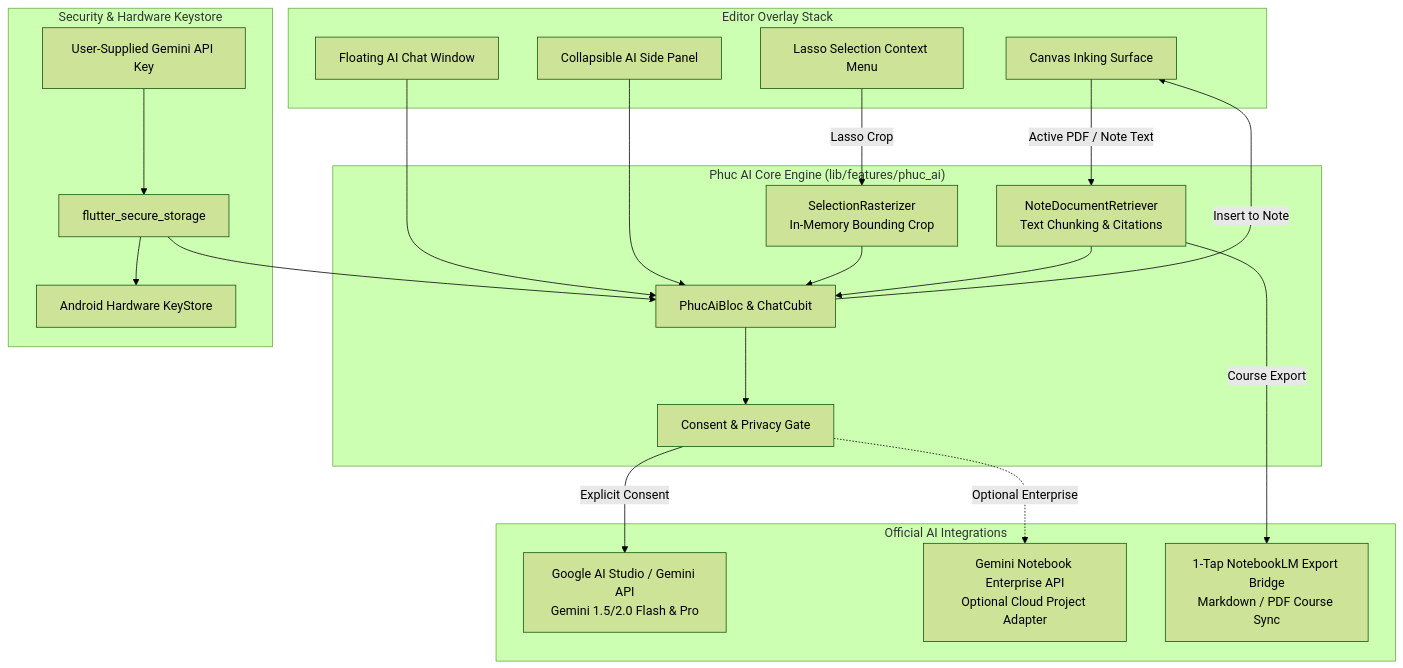
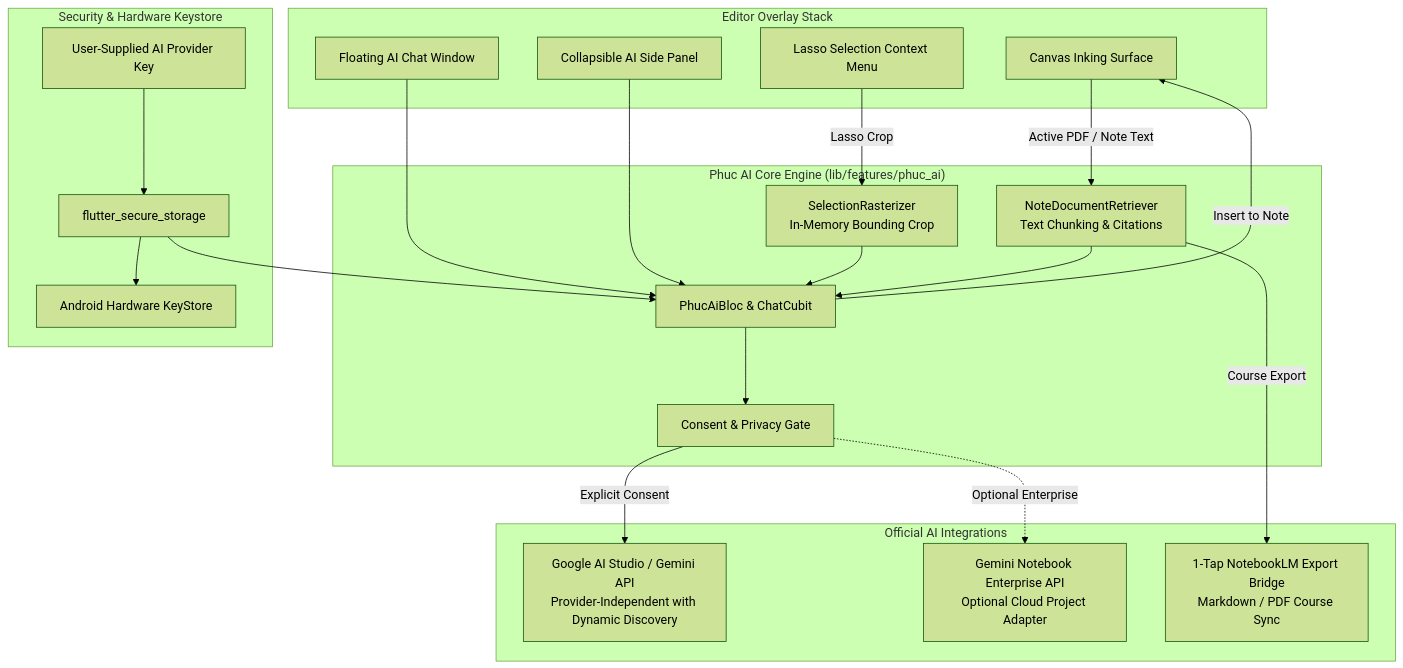
One commit to Phuchello/PHUCNOTE changed the second of 4 diagrams in ARCHITECTURE.md. Above: the diagram before and after it, drawn with Mermaid (forest theme). The commit also changed other lines of this file and 6 other files, not shown here.

Commit message:
docs: post-audit corrections for Y700 Gen 4 specs, empirical stylus, and provider-independent AI [CHECKPOINT-04-POST-AUDIT-CORRECTIONS]

````diff
--- a/ARCHITECTURE.md
+++ b/ARCHITECTURE.md
@@ -185,42 +186,42 @@
 ```mermaid
 flowchart TD
     subgraph UI_Surface["Editor Overlay Stack"]
         U1[Canvas Inking Surface]
         U2[Lasso Selection Context Menu]
         U3[Floating AI Chat Window]
         U4[Collapsible AI Side Panel]
     end
 
     subgraph PhucAI_Module["Phuc AI Core Engine (lib/features/phuc_ai)"]
         AI1[PhucAiBloc & ChatCubit]
         AI2[SelectionRasterizer\nIn-Memory Bounding Crop]
         AI3[NoteDocumentRetriever\nText Chunking & Citations]
         AI4[Consent & Privacy Gate]
     end
 
     subgraph Security_BYOK["Security & Hardware Keystore"]
         K1[flutter_secure_storage]
         K2[Android Hardware KeyStore]
-        K3[User-Supplied Gemini API Key]
+        K3[User-Supplied AI Provider Key]
     end
 
     subgraph Cloud_AI["Official AI Integrations"]
-        G1[Google AI Studio / Gemini API\nGemini 1.5/2.0 Flash & Pro]
+        G1[Google AI Studio / Gemini API\nProvider-Independent with Dynamic Discovery]
         G2[Gemini Notebook Enterprise API\nOptional Cloud Project Adapter]
         G3[1-Tap NotebookLM Export Bridge\nMarkdown / PDF Course Sync]
     end
 
     U2 -->|Lasso Crop| AI2
     U3 --> AI1
     U4 --> AI1
     AI2 --> AI1
     U1 -->|Active PDF / Note Text| AI3
     AI3 --> AI1
     K3 --> K1 --> K2
     K1 --> AI1
     AI1 --> AI4
     AI4 -->|Explicit Consent| G1
     AI4 -.->|Optional Enterprise| G2
     AI1 -->|Insert to Note| U1
     AI3 -->|Course Export| G3
 ```
````
